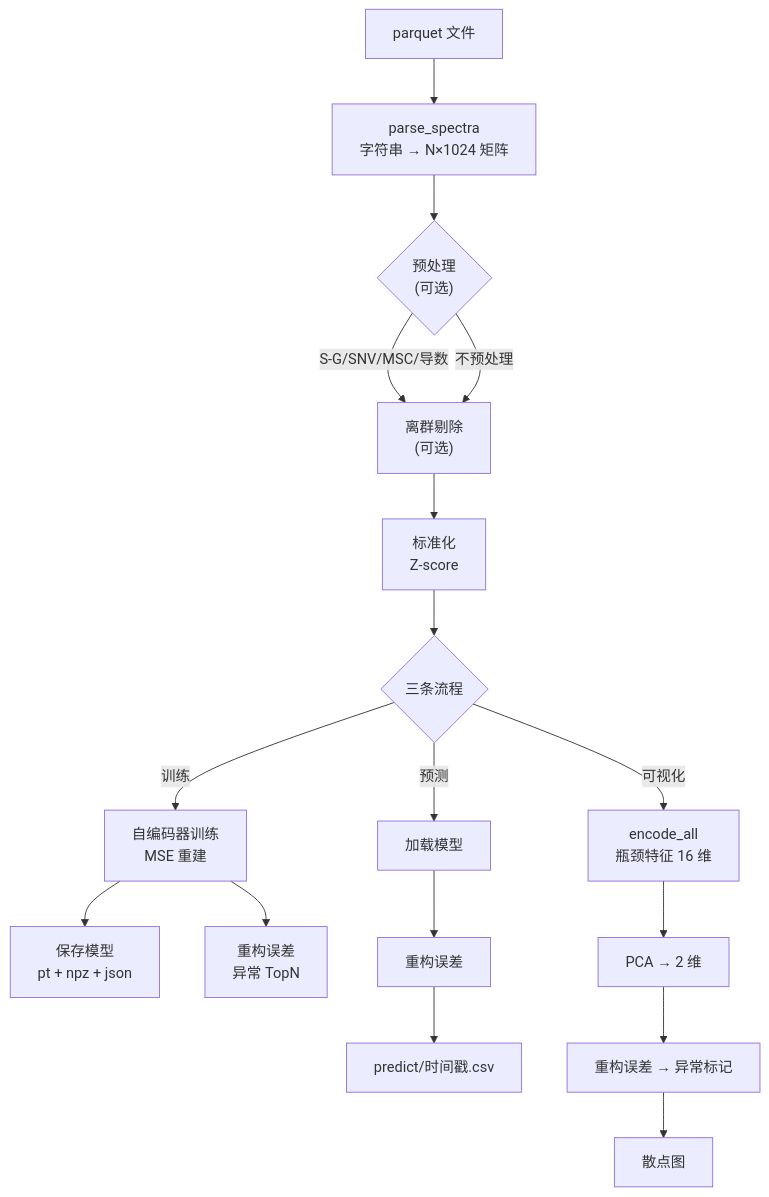
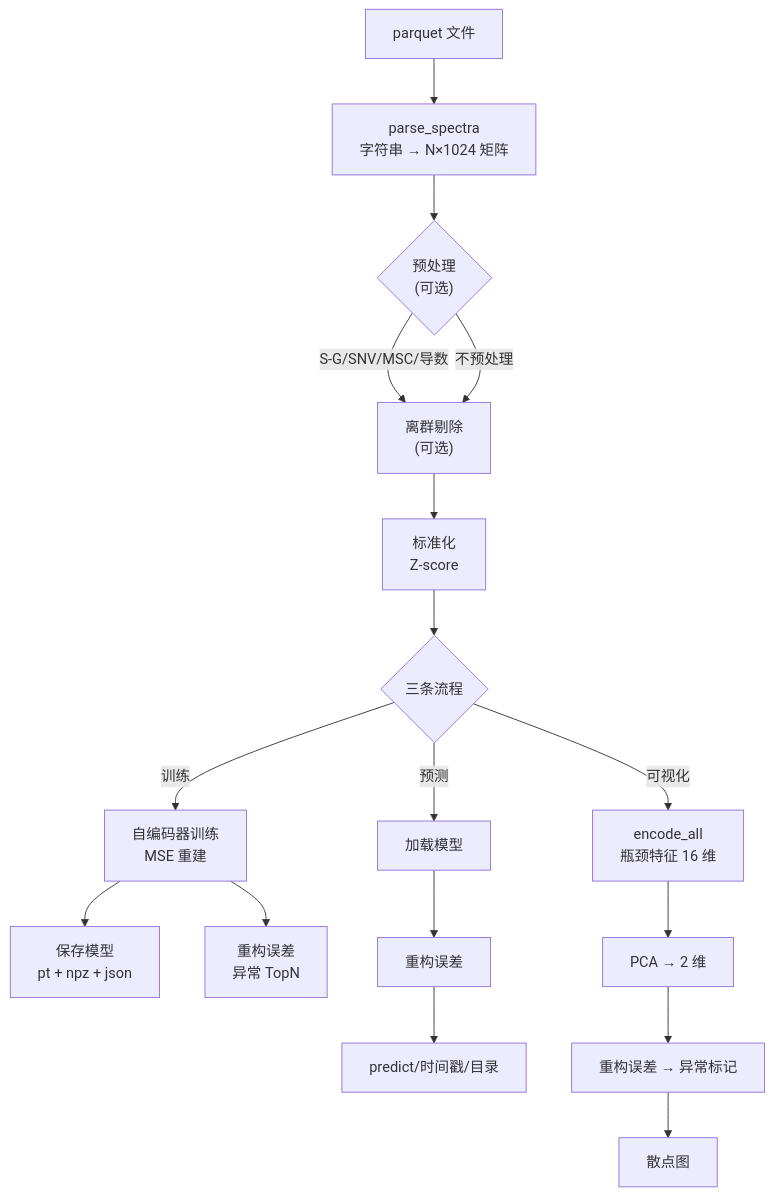
Before and after one commit to BiMouDangQing/NIR: the first of 4 diagrams in md/算法与数据流.md, drawn with Mermaid. The commit also changed other lines of this file and 21 other files, not shown here.

````diff
--- a/md/算法与数据流.md
+++ b/md/算法与数据流.md
@@ -25,22 +25,22 @@
 ```mermaid
 flowchart TD
     A["parquet 文件"] --> B["parse_spectra<br/>字符串 → N×1024 矩阵"]
     B --> C{"预处理<br/>(可选)"}
     C -->|S-G/SNV/MSC/导数| D["离群剔除<br/>(可选)"]
     C -->|不预处理| D
     D --> E["标准化<br/>Z-score"]
     E --> F{"三条流程"}
 
     F -->|训练| G["自编码器训练<br/>MSE 重建"]
     G --> H["保存模型<br/>pt + npz + json"]
     G --> I["重构误差<br/>异常 TopN"]
 
     F -->|预测| J["加载模型"]
     J --> K["重构误差"]
-    K --> L["predict/时间戳.csv"]
+    K --> L["predict/时间戳/目录"]
 
     F -->|可视化| M["encode_all<br/>瓶颈特征 16 维"]
     M --> N["PCA → 2 维"]
     N --> O["重构误差 → 异常标记"]
     O --> P["散点图"]
 ```
````
